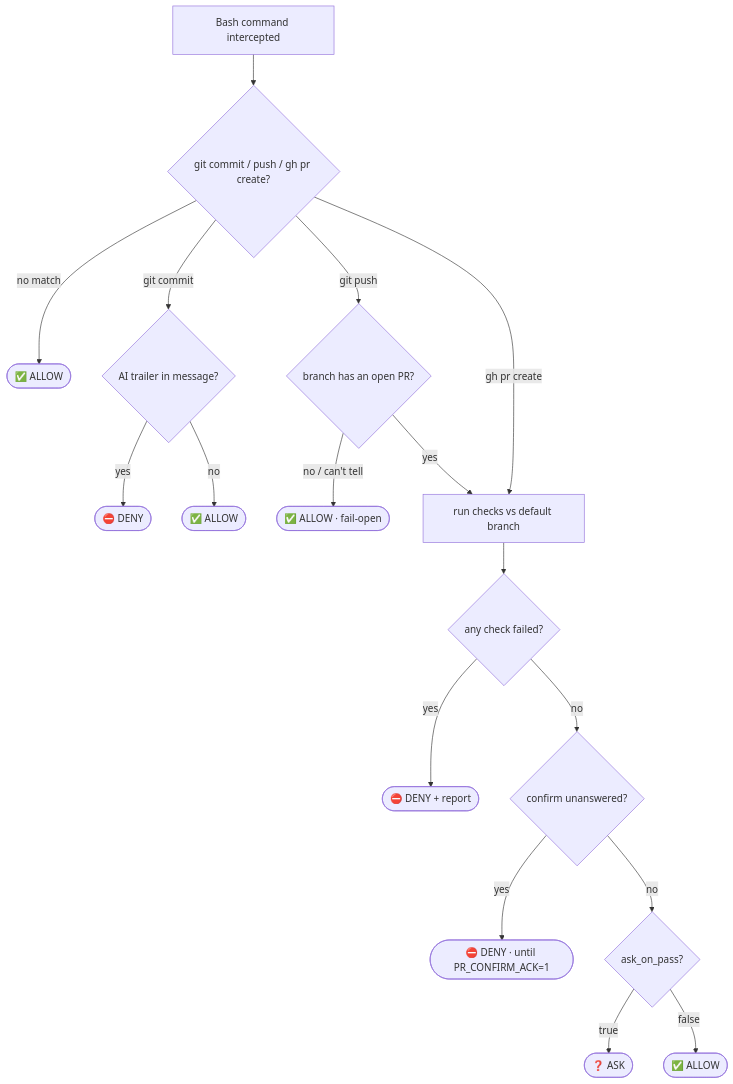
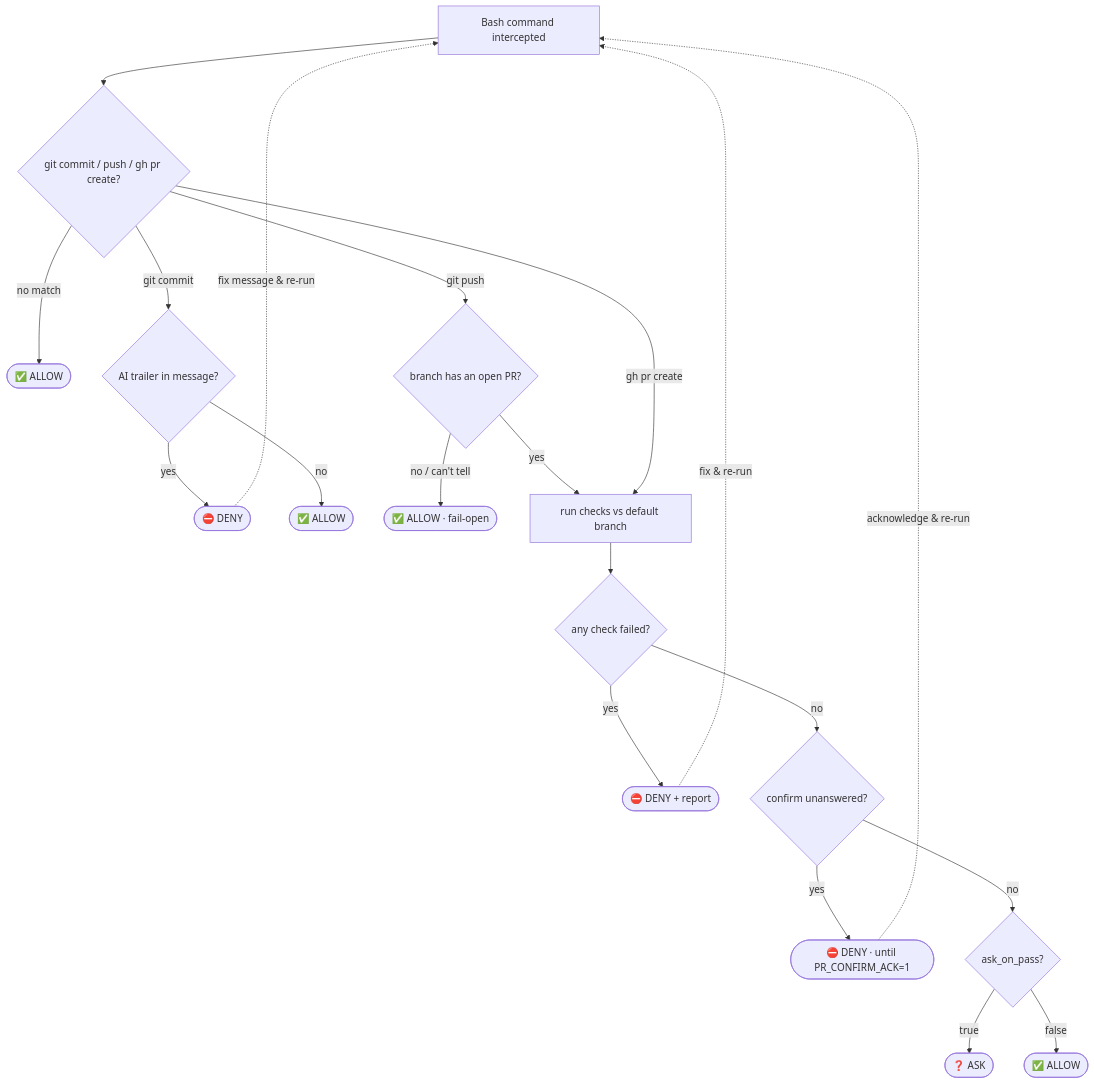
One commit to ldevy-bc/commit_hook_claude changed the diagram in README.md. Above: the diagram before and after it, drawn with Mermaid. The commit also changed other lines of this file and 1 other file, not shown here.

Commit message:
docs: generic skill placeholder, show deny retry loop in flow diagram

````diff
--- a/README.md
+++ b/README.md
@@ -31,19 +31,23 @@
 ```mermaid
 flowchart TD
     A[Bash command intercepted] --> B{git commit / push / gh pr create?}
     B -->|no match| OK1([✅ ALLOW])
     B -->|git commit| C{AI trailer in message?}
     C -->|yes| D1([⛔ DENY])
     C -->|no| OK2([✅ ALLOW])
     B -->|git push| E{branch has an open PR?}
     E -->|no / can't tell| OK3([✅ ALLOW · fail-open])
     E -->|yes| F[run checks vs default branch]
     B -->|gh pr create| F
     F --> G{any check failed?}
     G -->|yes| D2([⛔ DENY + report])
     G -->|no| H{confirm unanswered?}
     H -->|yes| D3([⛔ DENY · until PR_CONFIRM_ACK=1])
     H -->|no| I{ask_on_pass?}
     I -->|true| ASK([❓ ASK])
     I -->|false| OK4([✅ ALLOW])
+
+    D1 -. fix message & re-run .-> A
+    D2 -. fix & re-run .-> A
+    D3 -. acknowledge & re-run .-> A
 ```
````
